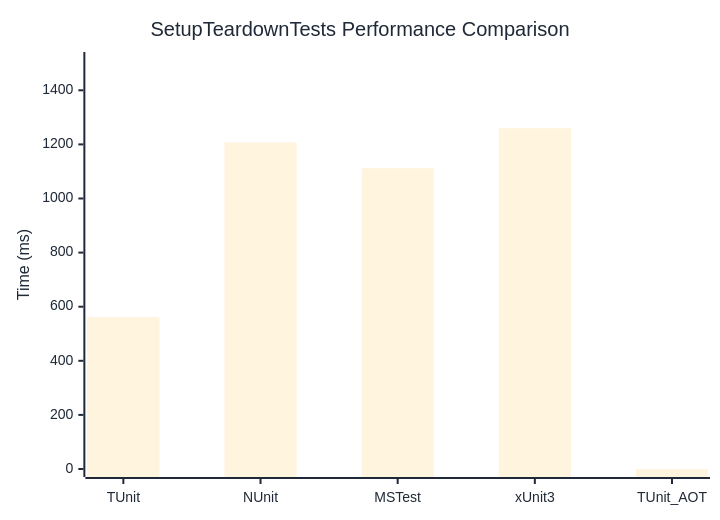
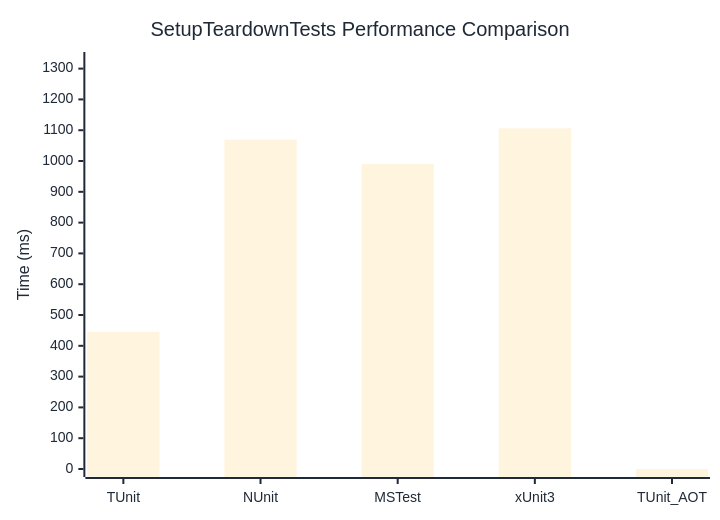
The diagram in docs/docs/benchmarks/SetupTeardownTests.md (thomhurst/TUnit), drawn with Mermaid before and after one commit. The commit also changed other lines of this file and 17 other files, not shown here.

````diff
--- a/docs/docs/benchmarks/SetupTeardownTests.md
+++ b/docs/docs/benchmarks/SetupTeardownTests.md
@@ -27,37 +27,37 @@
 ```mermaid
 %%{init: {
   'theme':'base',
   'themeVariables': {
     'primaryColor': '#2563eb',
     'primaryTextColor': '#1f2937',
     'primaryBorderColor': '#1e40af',
     'lineColor': '#6b7280',
     'secondaryColor': '#7c3aed',
     'tertiaryColor': '#dc2626',
     'background': '#ffffff',
     'mainBkg': '#2563eb',
     'secondBkg': '#7c3aed',
     'tertiaryBkg': '#dc2626',
     'clusterBkg': '#f3f4f6',
     'edgeLabelBackground': '#ffffff',
     'tertiaryTextColor': '#1f2937',
     'pie1': '#2563eb',
     'pie2': '#7c3aed',
     'pie3': '#dc2626',
     'pie4': '#f59e0b',
     'pie5': '#10b981',
     'pie6': '#06b6d4',
     'pie7': '#ec4899',
     'pie8': '#6366f1',
     'pie9': '#84cc16',
     'pie10': '#f97316',
     'pie11': '#14b8a6',
     'pie12': '#a855f7'
   }
 }}%%
 xychart-beta
   title "SetupTeardownTests Performance Comparison"
   x-axis ["TUnit", "NUnit", "MSTest", "xUnit3", "TUnit_AOT"]
-  y-axis "Time (ms)" 0 --> 1512
-  bar [561.6, 1207.4, 1111.9, 1259.9, 0]
+  y-axis "Time (ms)" 0 --> 1328
+  bar [445.6, 1069.5, 990.8, 1106, 0]
 ```
````
